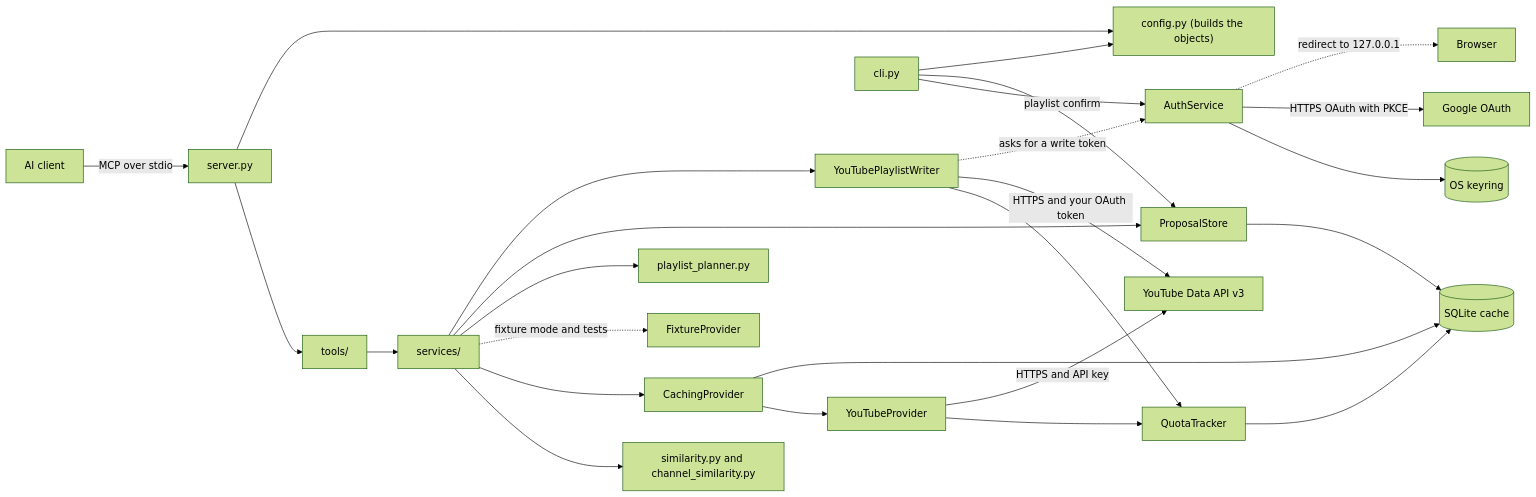
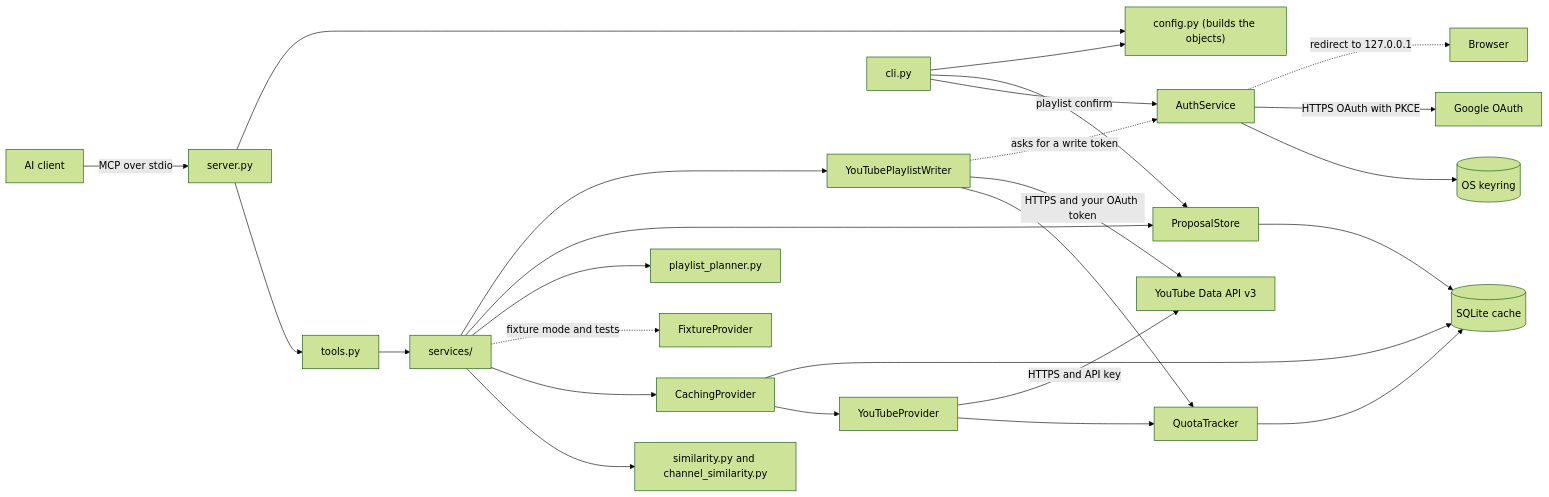
One commit to Chris-ops4573/Youtube_MCP_Server changed the diagram in docs/Areas/Design Components.md. Above: the diagram before and after it, drawn with Mermaid (forest theme). The commit also changed other lines of this file and 12 other files, not shown here.

````diff
--- a/docs/Areas/Design Components.md
+++ b/docs/Areas/Design Components.md
@@ -9,28 +9,28 @@
 ```mermaid
 flowchart LR
   Client["AI client"] -->|"MCP over stdio"| Server["server.py"]
-  Server --> Tools["tools/"]
+  Server --> Tools["tools.py"]
   Tools --> Services["services/"]
   Services --> Sim["similarity.py and channel_similarity.py"]
   Services --> Caching["CachingProvider"]
   Services -.->|"fixture mode and tests"| Fixture["FixtureProvider"]
   Caching --> Live["YouTubeProvider"]
   Caching --> DB[("SQLite cache")]
   Live --> Quota["QuotaTracker"]
   Quota --> DB
   Live -->|"HTTPS and API key"| YT["YouTube Data API v3"]
   CLI["cli.py"] --> Auth["AuthService"]
   Auth --> KR[("OS keyring")]
   Auth -->|"HTTPS OAuth with PKCE"| Google["Google OAuth"]
   Auth -.->|"redirect to 127.0.0.1"| Browser["Browser"]
   Services --> Planner["playlist_planner.py"]
   Services --> Store["ProposalStore"]
   Store --> DB
   Services --> Writer["YouTubePlaylistWriter"]
   Writer --> Quota
   Writer -->|"HTTPS and your OAuth token"| YT
   Writer -.->|"asks for a write token"| Auth
   CLI -->|"playlist confirm"| Store
   Server --> Config["config.py (builds the objects)"]
   CLI --> Config
 ```
````
